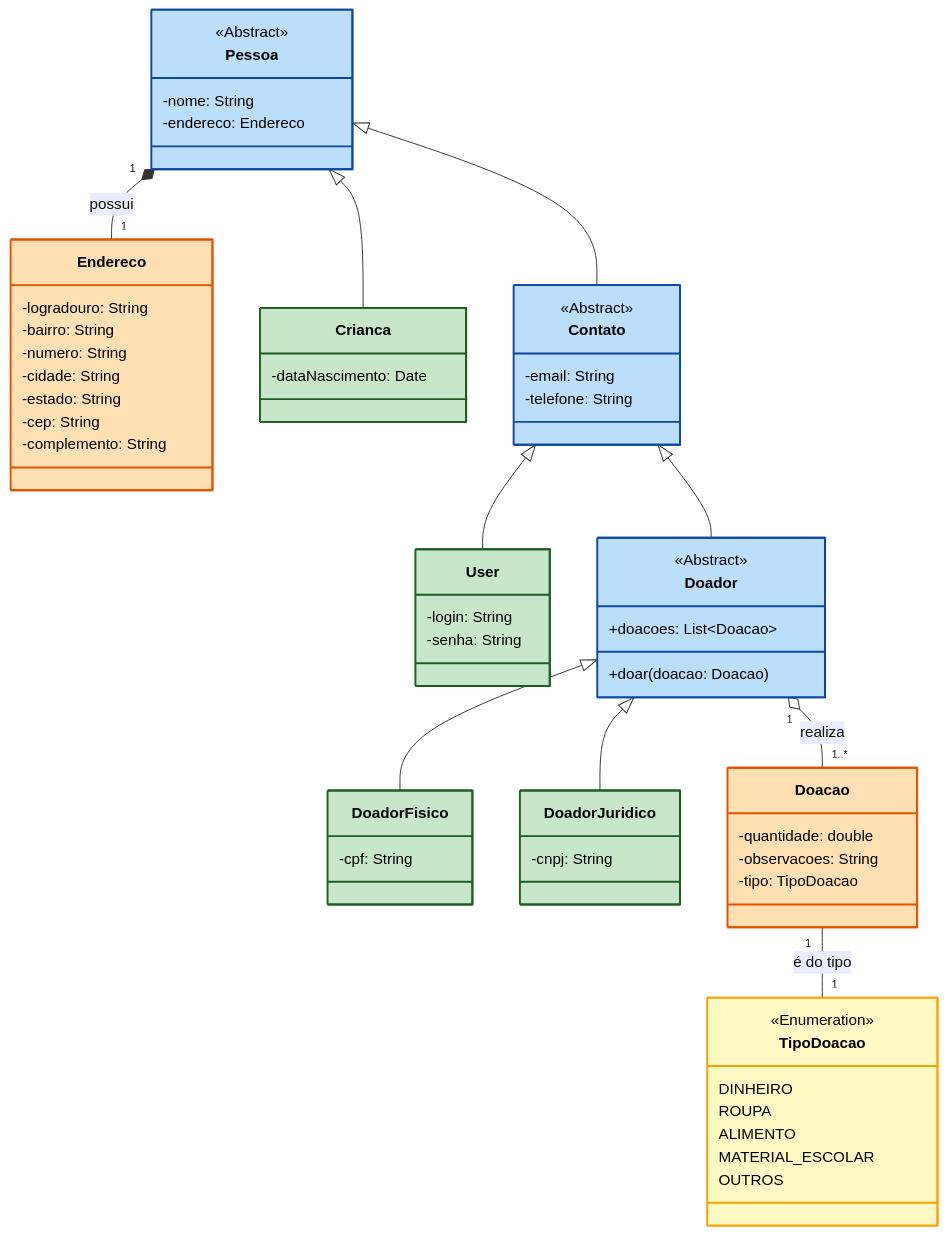
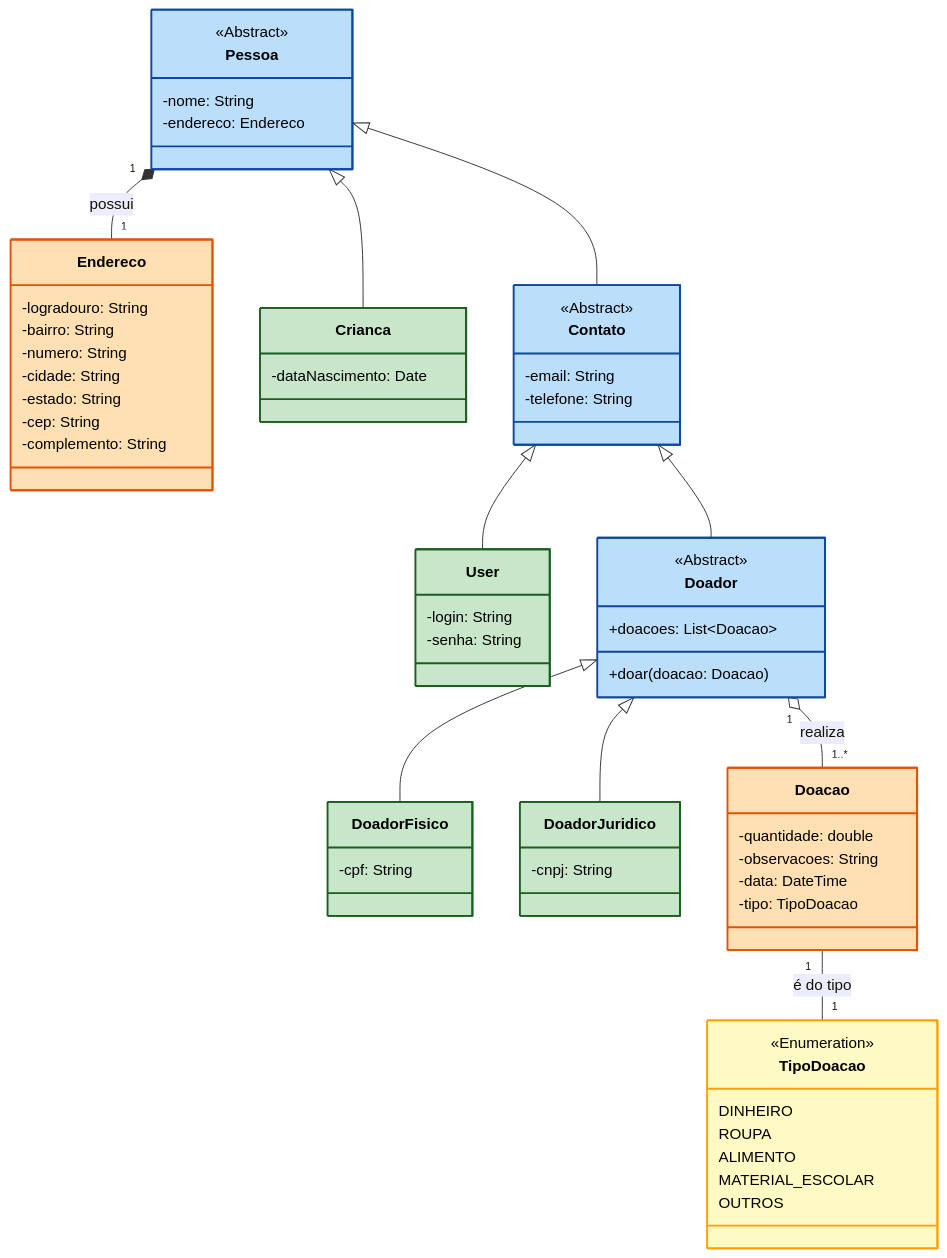
One commit to liceki/CEAMEC changed the diagram in docs/diagrams/sprint-02-class-diagram-colored.md. Above: the diagram before and after it, drawn with Mermaid. The commit also changed 6 other files, not shown here.

````diff
--- a/docs/diagrams/sprint-02-class-diagram-colored.md
+++ b/docs/diagrams/sprint-02-class-diagram-colored.md
@@ -50,7 +50,9 @@
     class Doacao:::owned {
         -quantidade: double
         -observacoes: String
+        -data: DateTime
         -tipo: TipoDoacao
+    
     }
 
     class TipoDoacao:::enum {
@@ -79,5 +81,5 @@
     classDef entities fill:#C8E6C9,stroke:#1B5E20,stroke-width:2px,color:black
     classDef owned fill:#FFE0B2,stroke:#E65100,stroke-width:2px,color:black
     classDef enum fill:#FFF9C4,stroke:#FFA000,stroke-width:2px,color:black
-    
+
 ```
````
